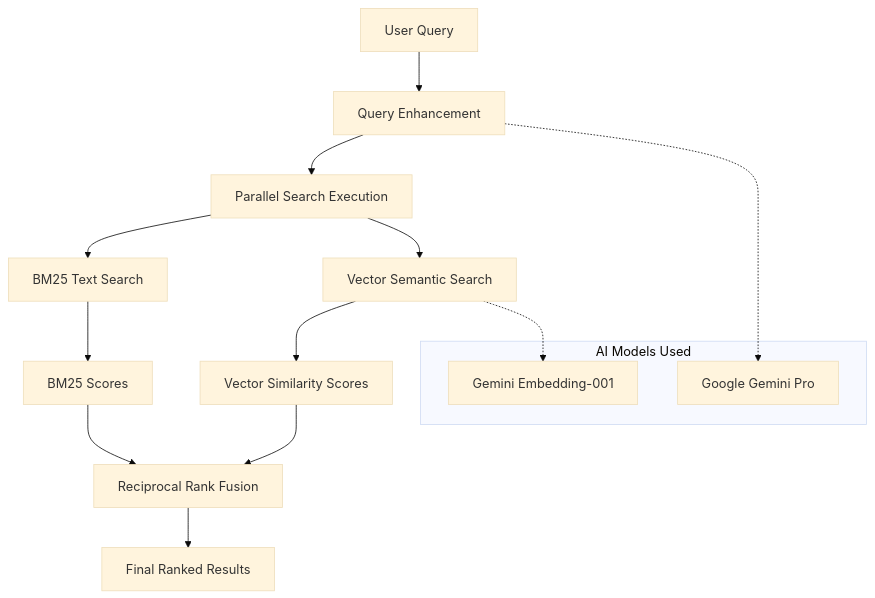
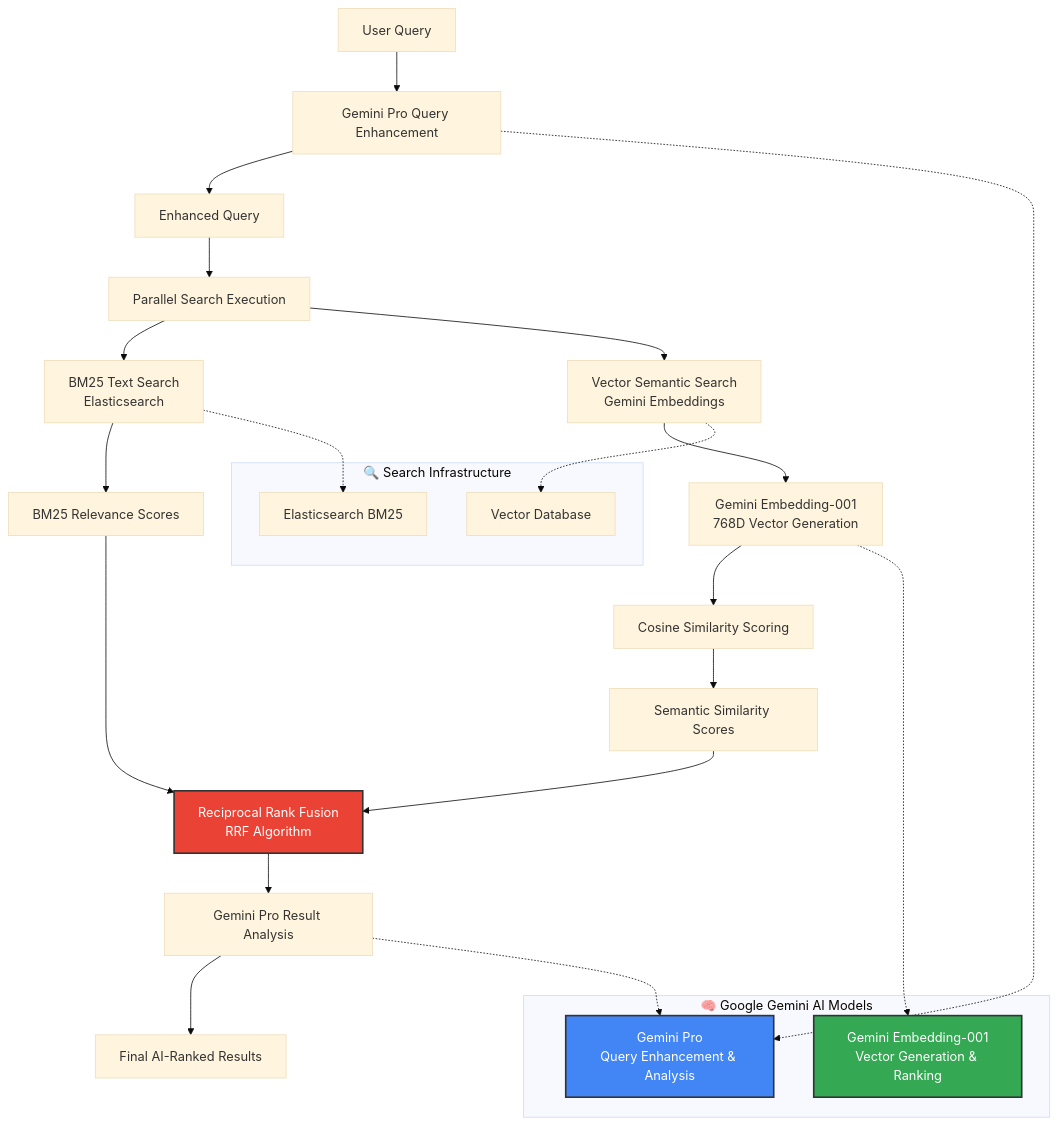
The second of 2 diagrams in README.md (Hetpatel01021111/Fractal), drawn with Mermaid (base theme) before and after one commit. The commit also changed other lines of this file, not shown here.

First line of the commit message:
🏗️ Update architecture diagram and Gemini AI integration

````diff
--- a/README.md
+++ b/README.md
@@ -293,24 +293,42 @@
 ```mermaid
 graph TB
-    A[User Query] --> B[Query Enhancement]
-    B --> C[Parallel Search Execution]
+    A[User Query] --> B[Gemini Pro Query Enhancement]
+    B --> C[Enhanced Query]
+    C --> D[Parallel Search Execution]
     
-    C --> D[BM25 Text Search]
-    C --> E[Vector Semantic Search]
+    D --> E[BM25 Text Search<br/>Elasticsearch]
+    D --> F[Vector Semantic Search<br/>Gemini Embeddings]
     
-    D --> F[BM25 Scores]
-    E --> G[Vector Similarity Scores]
+    F --> G[Gemini Embedding-001<br/>768D Vector Generation]
+    G --> H[Cosine Similarity Scoring]
     
-    F --> H[Reciprocal Rank Fusion]
-    G --> H
+    E --> I[BM25 Relevance Scores]
+    H --> J[Semantic Similarity Scores]
     
-    H --> I[Final Ranked Results]
+    I --> K[Reciprocal Rank Fusion<br/>RRF Algorithm]
+    J --> K
     
-    subgraph "AI Models Used"
-        J[Google Gemini Pro]
-        K[Gemini Embedding-001]
+    K --> L[Gemini Pro Result Analysis]
+    L --> M[Final AI-Ranked Results]
+    
+    subgraph "🧠 Google Gemini AI Models"
+        N[Gemini Pro<br/>Query Enhancement & Analysis]
+        O[Gemini Embedding-001<br/>Vector Generation & Ranking]
     end
     
-    B -.-> J
-    E -.-> K
+    B -.-> N
+    G -.-> O
+    L -.-> N
+    
+    subgraph "🔍 Search Infrastructure"
+        P[Elasticsearch BM25]
+        Q[Vector Database]
+    end
+    
+    E -.-> P
+    F -.-> Q
+    
+    style N fill:#4285f4,stroke:#333,stroke-width:2px,color:#fff
+    style O fill:#34a853,stroke:#333,stroke-width:2px,color:#fff
+    style K fill:#ea4335,stroke:#333,stroke-width:2px,color:#fff
 ```
````
